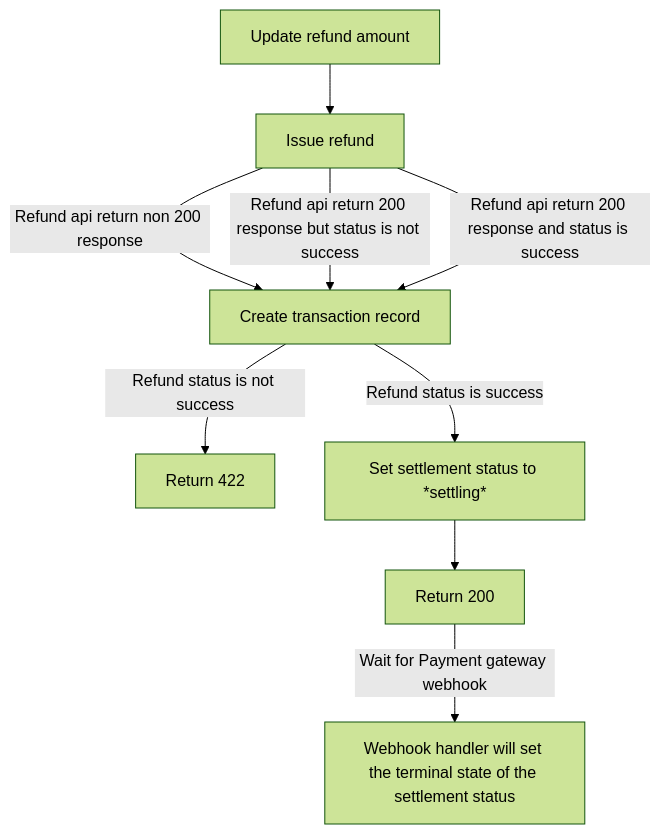
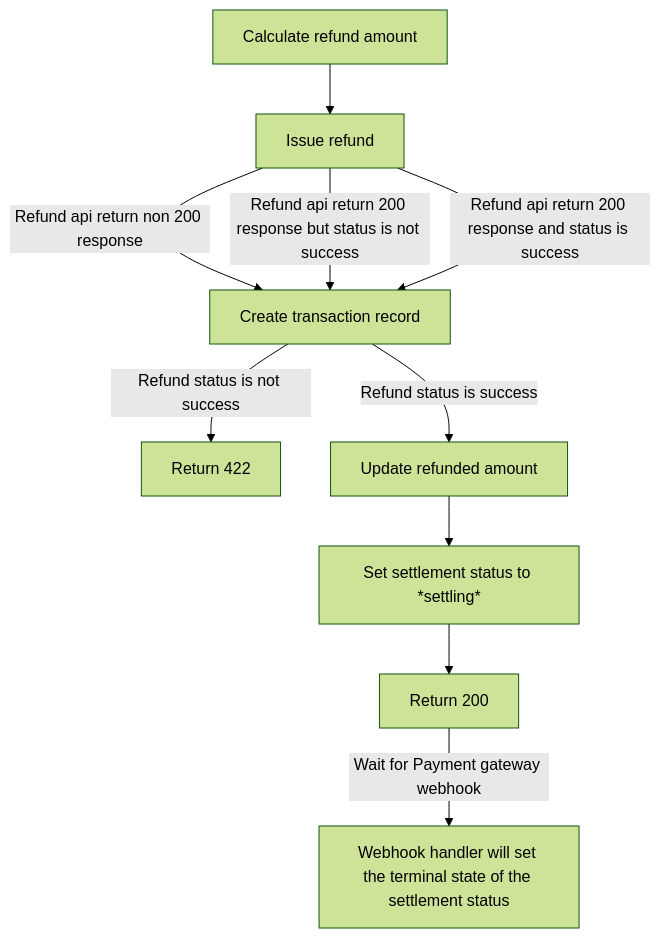
One commit to israelcoper/mermaid-diagram changed the fourth of 4 diagrams in checkout-settlement-operation.md. Above: the diagram before and after it, drawn with Mermaid (forest theme). The commit also changed other lines of this file, not shown here.

Commit message:
Calculate refund amount should be the first operation

````diff
--- a/checkout-settlement-operation.md
+++ b/checkout-settlement-operation.md
@@ -46,14 +46,15 @@
 ```mermaid
 ---
 title:
 ---
 flowchart TB;
-    A[Update refund amount]-->B[Issue refund];
+    A[Calculate refund amount]-->B[Issue refund];
     B-- Refund api return non 200 response -->D[Create transaction record]; 
     B-- Refund api return 200 response but status is not success -->D;
     B-- Refund api return 200 response and status is success -->D;
     D-- Refund status is not success -->X[Return 422];
-    D-- Refund status is success -->E["Set settlement status to *settling*"];
+    D-- Refund status is success -->Z[Update refunded amount];
+    Z-->E["Set settlement status to *settling*"];
     E-->F[Return 200];
     F-- Wait for Payment gateway webhook -->G[Webhook handler will set the terminal state of the settlement status];
 ```
````
